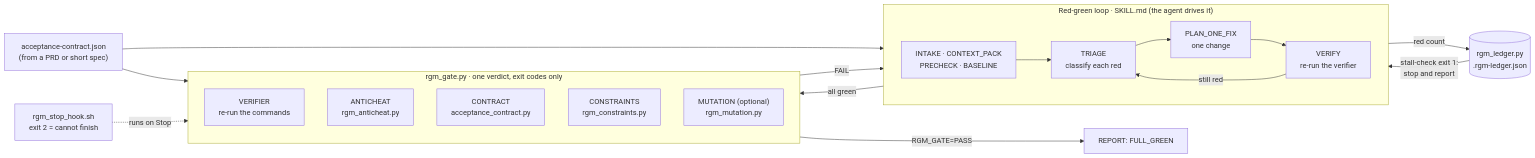
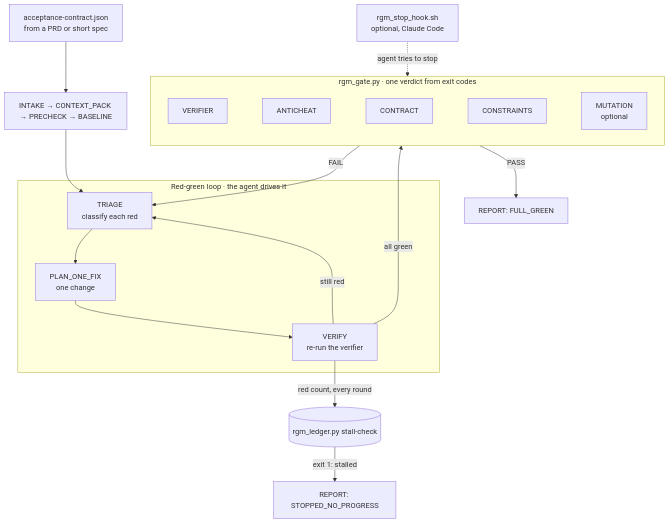
The diagram in README.md (hidevinliu/red-green-mode), drawn with Mermaid before and after one commit. The commit also changed other lines of this file and 1 other file, not shown here.

Commit message:
docs: simpler top-down architecture diagram

````diff
--- a/README.md
+++ b/README.md
@@ -9,32 +9,23 @@
 ```mermaid
-flowchart LR
-    SPEC["acceptance-contract.json<br/>(from a PRD or short spec)"]
+flowchart TD
+    SPEC["acceptance-contract.json<br/>from a PRD or short spec"] --> START["INTAKE → CONTEXT_PACK → PRECHECK → BASELINE"]
+    START --> T
 
-    subgraph LOOP["Red-green loop · SKILL.md (the agent drives it)"]
-        direction LR
-        A["INTAKE · CONTEXT_PACK<br/>PRECHECK · BASELINE"] --> T["TRIAGE<br/>classify each red"]
-        T --> F["PLAN_ONE_FIX<br/>one change"]
+    subgraph LOOP["Red-green loop · the agent drives it"]
+        T["TRIAGE<br/>classify each red"] --> F["PLAN_ONE_FIX<br/>one change"]
         F --> V["VERIFY<br/>re-run the verifier"]
         V -- "still red" --> T
     end
 
-    LEDGER[("rgm_ledger.py<br/>.rgm-ledger.json")]
-    V -- "red count" --> LEDGER
-    LEDGER -- "stall-check exit 1:<br/>stop and report" --> T
+    V -- "red count, every round" --> L[("rgm_ledger.py stall-check")]
+    L -- "exit 1: stalled" --> STOP["REPORT: STOPPED_NO_PROGRESS"]
 
-    subgraph GATE["rgm_gate.py · one verdict, exit codes only"]
-        direction TB
-        G1["VERIFIER<br/>re-run the commands"]
-        G2["ANTICHEAT<br/>rgm_anticheat.py"]
-        G3["CONTRACT<br/>acceptance_contract.py"]
-        G4["CONSTRAINTS<br/>rgm_constraints.py"]
-        G5["MUTATION (optional)<br/>rgm_mutation.py"]
+    V -- "all green" --> GATE
+    subgraph GATE["rgm_gate.py · one verdict from exit codes"]
+        direction LR
+        G1["VERIFIER"] ~~~ G2["ANTICHEAT"] ~~~ G3["CONTRACT"] ~~~ G4["CONSTRAINTS"] ~~~ G5["MUTATION<br/>optional"]
     end
-
-    SPEC --> A
-    SPEC --> G3
-    V -- "all green" --> GATE
-    GATE -- "RGM_GATE=PASS" --> DONE["REPORT: FULL_GREEN"]
+    GATE -- "PASS" --> DONE["REPORT: FULL_GREEN"]
     GATE -- "FAIL" --> T
-    HOOK["rgm_stop_hook.sh<br/>exit 2 = cannot finish"] -. "runs on Stop" .-> GATE
+    HOOK["rgm_stop_hook.sh<br/>optional, Claude Code"] -. "agent tries to stop" .-> GATE
 ```
````
